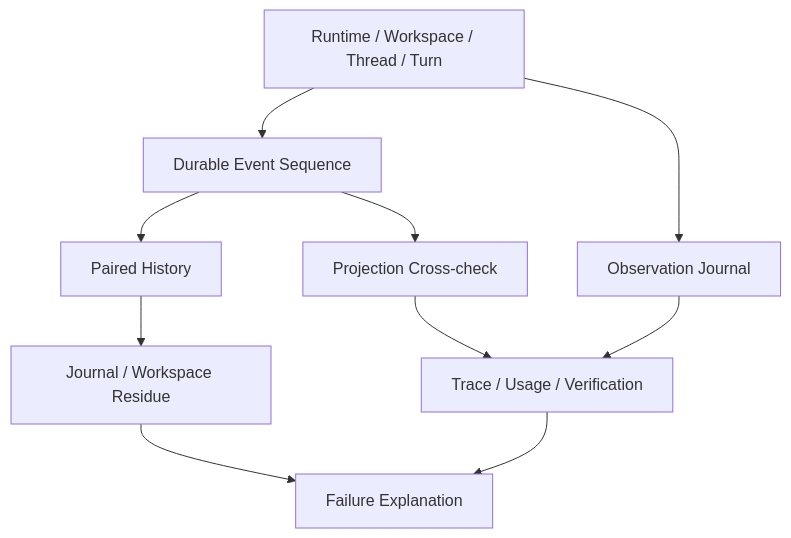
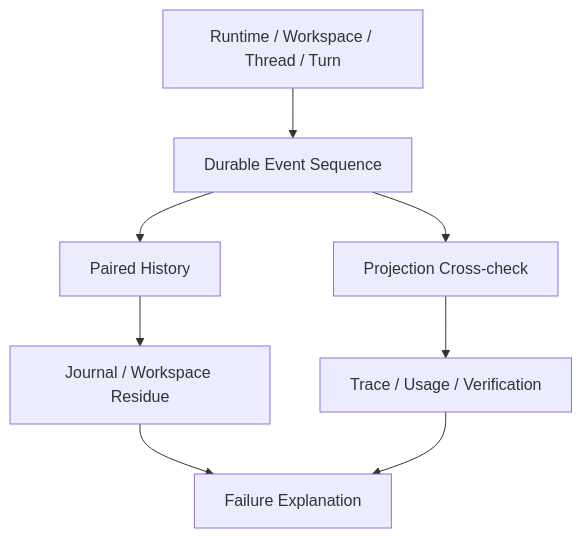
Before and after one commit to fwtllh-png/CodeHelper: the diagram in docs/book/zh-CN/08-state-observability/06-reconstructing-failures.md, drawn with Mermaid. The commit also changed other lines of this file and 381 other files, not shown here.

````diff
--- a/docs/book/zh-CN/08-state-observability/06-reconstructing-failures.md
+++ b/docs/book/zh-CN/08-state-observability/06-reconstructing-failures.md
@@ -42,12 +40,10 @@
 ```mermaid
 flowchart TD
     I[Runtime / Workspace / Thread / Turn] --> E[Durable Event Sequence]
     E --> H[Paired History]
     E --> P[Projection Cross-check]
     H --> J[Journal / Workspace Residue]
     P --> T[Trace / Usage / Verification]
-    I --> O[Observation Journal]
-    O --> T
     J --> R[Failure Explanation]
     T --> R
 ```
````
